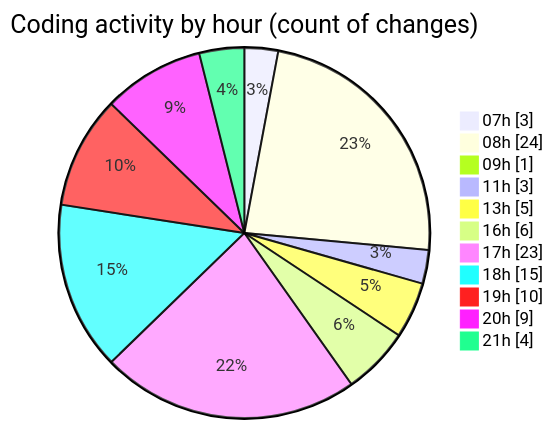
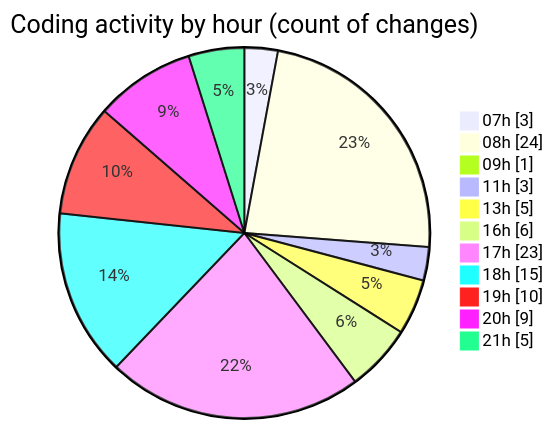
One commit to becaeroporto-bot/code-tracking changed the second of 2 diagrams in 2026-02-20/bot_i_a/README.md. Above: the diagram before and after it, drawn with Mermaid. The commit also changed other lines of this file and 1 other file, not shown here.

````diff
--- a/2026-02-20/bot_i_a/README.md
+++ b/2026-02-20/bot_i_a/README.md
@@ -55,15 +55,15 @@
 ```mermaid
 pie showData
 title Coding activity by hour (count of changes)
 "07h" : 3
 "08h" : 24
 "09h" : 1
 "11h" : 3
 "13h" : 5
 "16h" : 6
 "17h" : 23
 "18h" : 15
 "19h" : 10
 "20h" : 9
-"21h" : 4
+"21h" : 5
 ```
````
